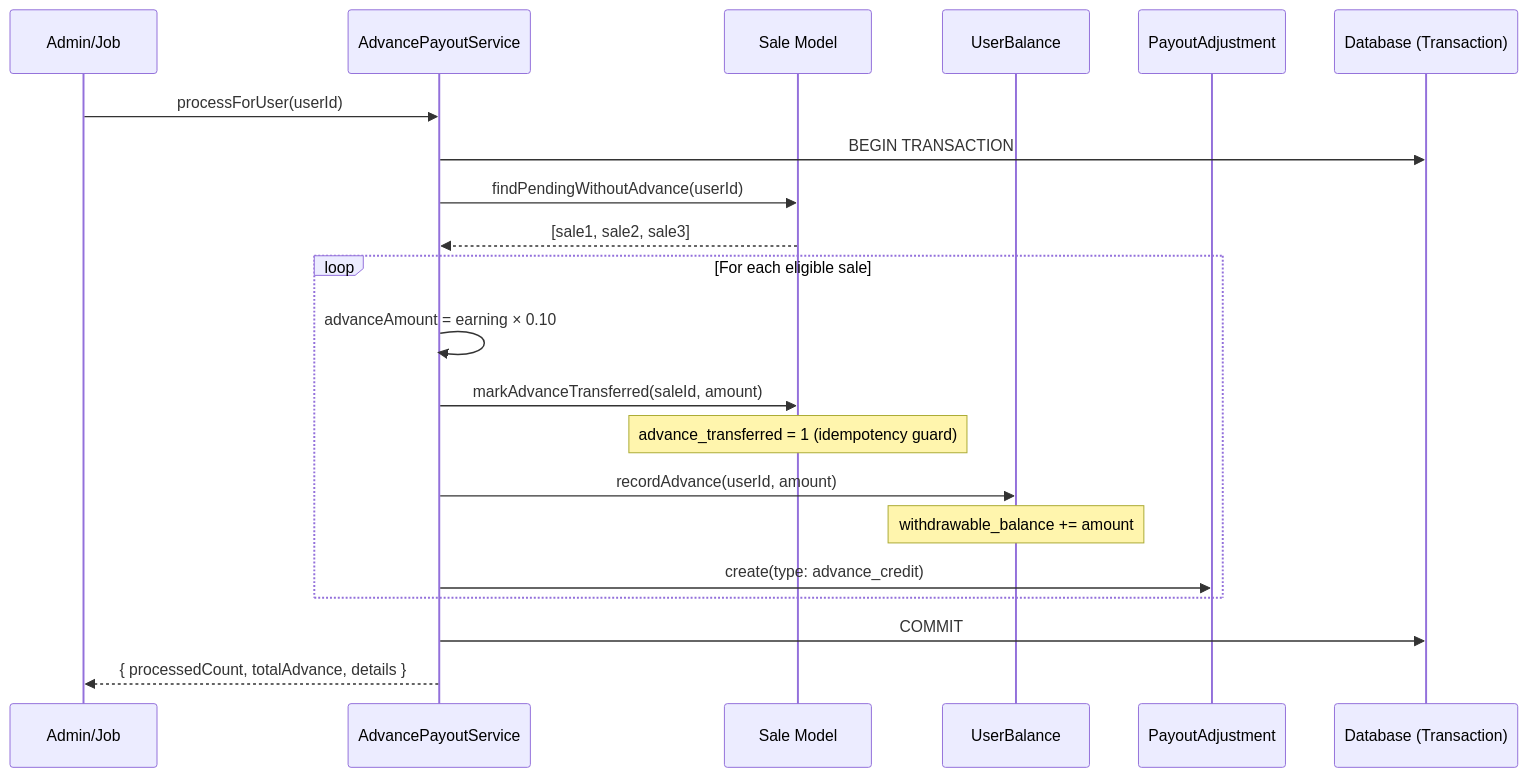
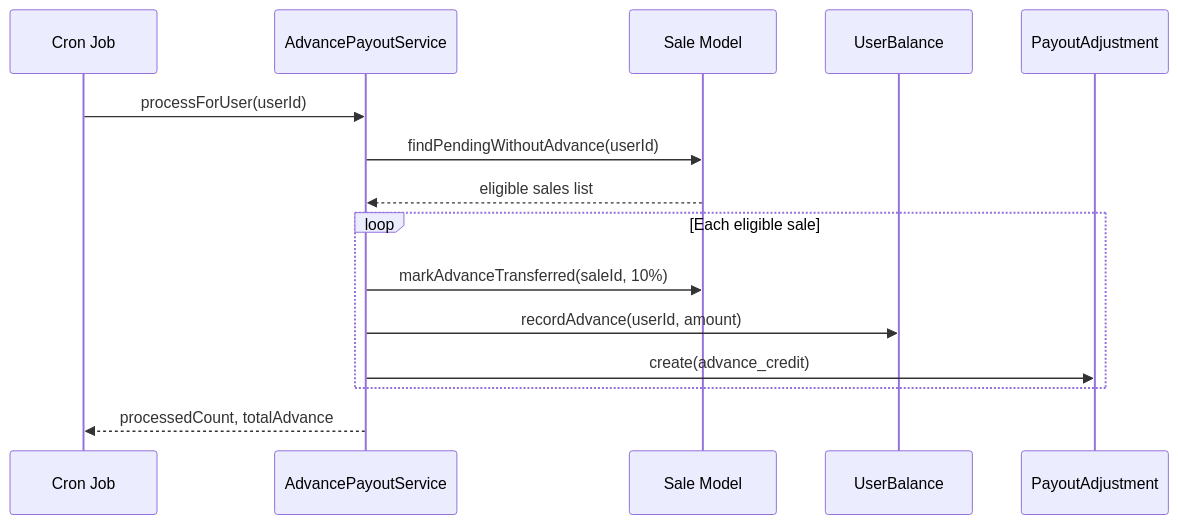
One commit to pawanclone/taskdoc changed the ninth of 14 diagrams in LLD.md. Above: the diagram before and after it, drawn with Mermaid. The commit also changed other lines of this file, not shown here.

````diff
--- a/LLD.md
+++ b/LLD.md
@@ -253,26 +339,21 @@
 ```mermaid
 sequenceDiagram
-    participant Admin/Job
-    participant Service as AdvancePayoutService
-    participant SaleModel as Sale Model
-    participant BalanceModel as UserBalance
-    participant AuditModel as PayoutAdjustment
-    participant DB as Database (Transaction)
+    participant Job as Cron Job
+    participant Svc as AdvancePayoutService
+    participant Sale as Sale Model
+    participant Bal as UserBalance
+    participant Audit as PayoutAdjustment
 
-    Admin/Job->>Service: processForUser(userId)
-    Service->>DB: BEGIN TRANSACTION
-    Service->>SaleModel: findPendingWithoutAdvance(userId)
-    SaleModel-->>Service: [sale1, sale2, sale3]
+    Job->>Svc: processForUser(userId)
 
-    loop For each eligible sale
-        Service->>Service: advanceAmount = earning × 0.10
-        Service->>SaleModel: markAdvanceTransferred(saleId, amount)
-        Note over SaleModel: advance_transferred = 1 (idempotency guard)
-        Service->>BalanceModel: recordAdvance(userId, amount)
-        Note over BalanceModel: withdrawable_balance += amount
-        Service->>AuditModel: create(type: advance_credit)
+    Svc->>Sale: findPendingWithoutAdvance(userId)
+    Sale-->>Svc: eligible sales list
+
+    loop Each eligible sale
+        Svc->>Sale: markAdvanceTransferred(saleId, 10%)
+        Svc->>Bal: recordAdvance(userId, amount)
+        Svc->>Audit: create(advance_credit)
     end
 
-    Service->>DB: COMMIT
-    Service-->>Admin/Job: { processedCount, totalAdvance, details }
+    Svc-->>Job: processedCount, totalAdvance
 ```
````
